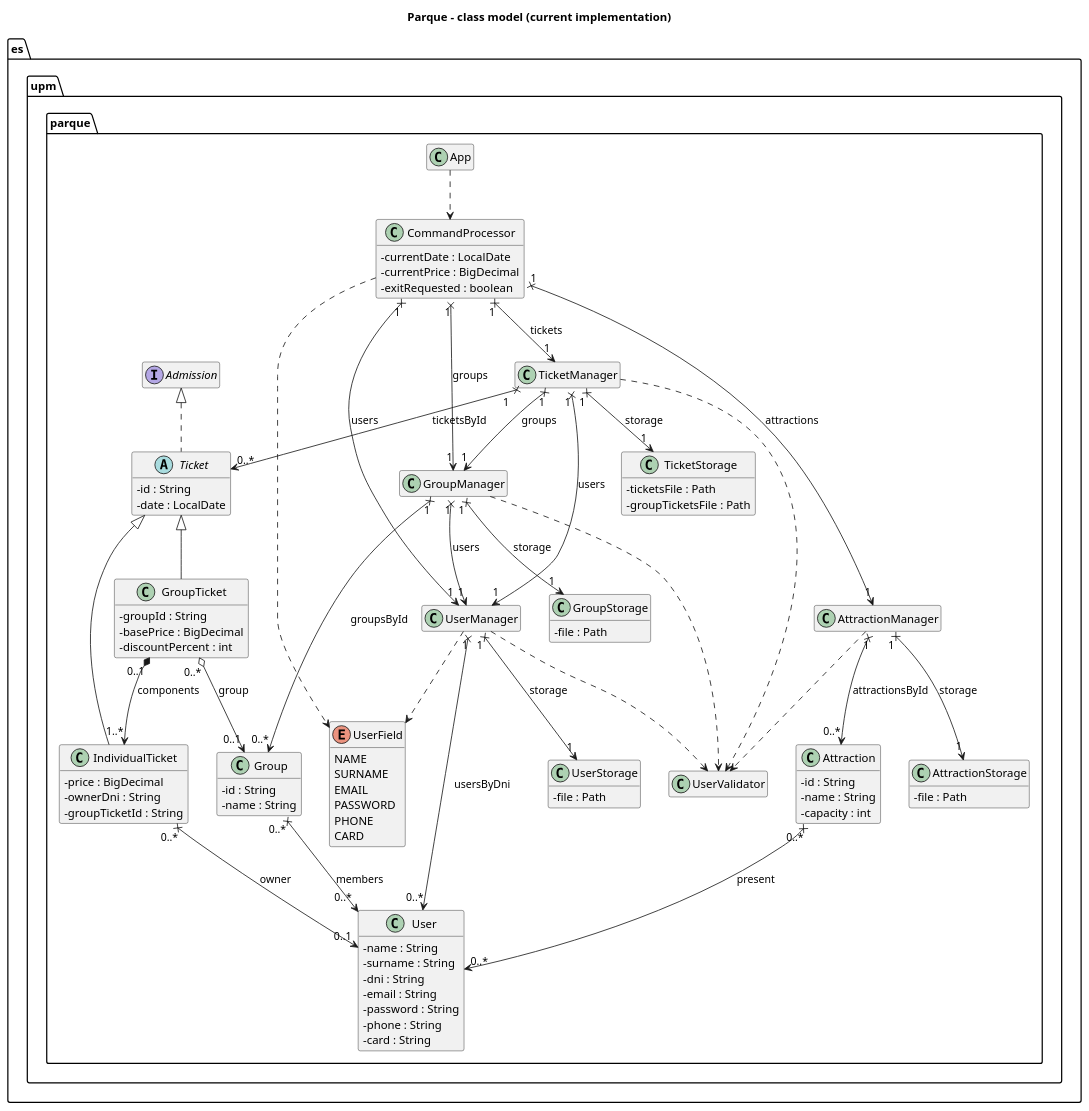
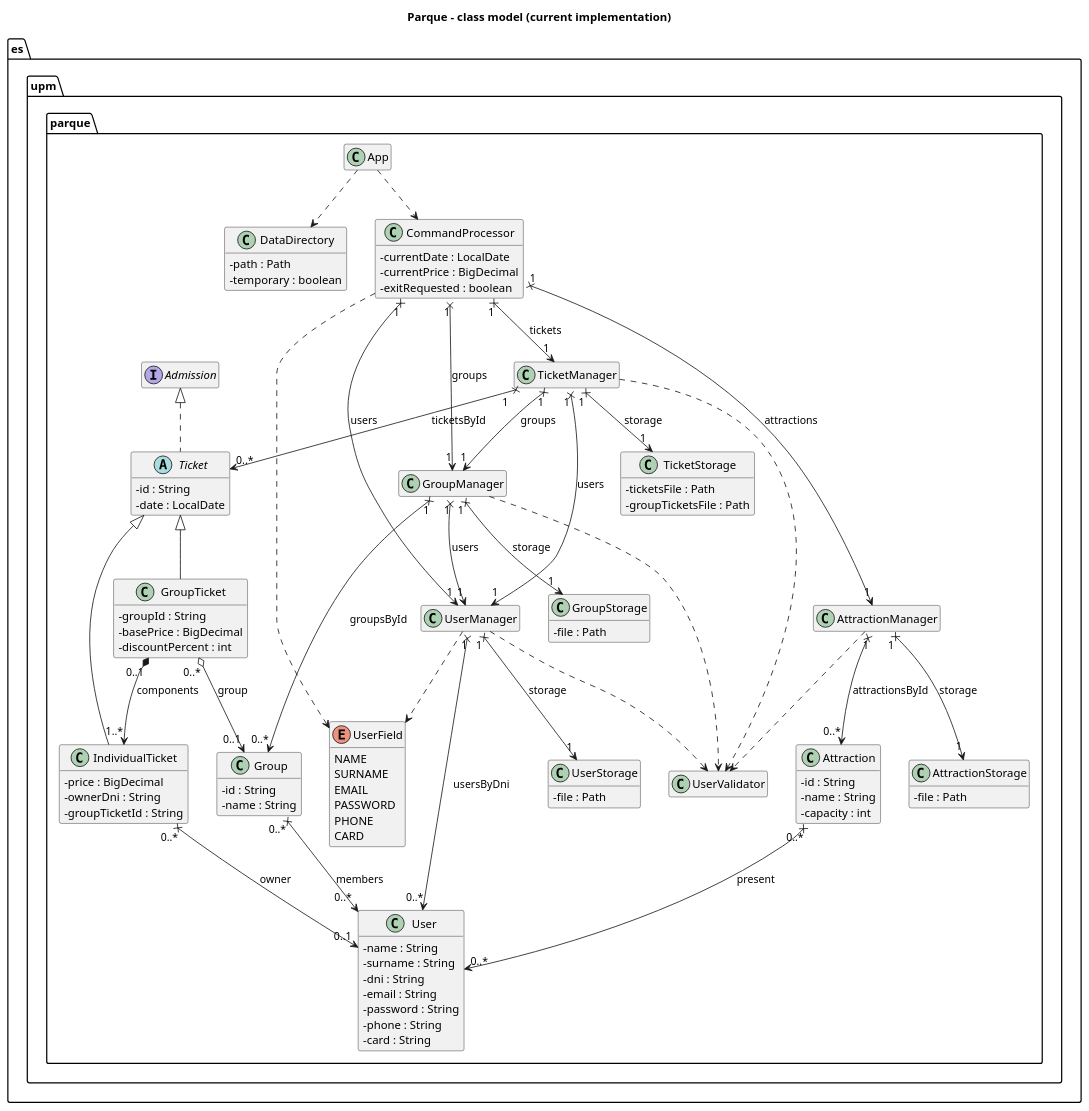
Before and after one commit to skai-upm/caise27: the diagram in uml/model.puml, drawn with PlantUML. The commit also changed 14 other files, not shown here.

```diff
--- a/uml/model.puml
+++ b/uml/model.puml
@@ -1,132 +1,138 @@
 @startuml model
 title Parque - class model (current implementation)
 
 skinparam classAttributeIconSize 0
 hide empty members
 
 package es.upm.parque {
 
   class App
+
+  class DataDirectory {
+    - path : Path
+    - temporary : boolean
+  }
 
   class CommandProcessor {
     - currentDate : LocalDate
     - currentPrice : BigDecimal
     - exitRequested : boolean
   }
 
   class UserManager
   class UserStorage {
     - file : Path
   }
 
   class User {
     - name : String
     - surname : String
     - dni : String
     - email : String
     - password : String
     - phone : String
     - card : String
   }
 
   enum UserField {
     NAME
     SURNAME
     EMAIL
     PASSWORD
     PHONE
     CARD
   }
 
   class UserValidator
 
   class GroupManager
   class GroupStorage {
     - file : Path
   }
 
   class Group {
     - id : String
     - name : String
   }
 
   interface Admission
 
   abstract class Ticket {
     - id : String
     - date : LocalDate
   }
 
   class IndividualTicket {
     - price : BigDecimal
     - ownerDni : String
     - groupTicketId : String
   }
 
   class GroupTicket {
     - groupId : String
     - basePrice : BigDecimal
     - discountPercent : int
   }
 
   class TicketManager
   class TicketStorage {
     - ticketsFile : Path
     - groupTicketsFile : Path
   }
 
   class AttractionManager
   class AttractionStorage {
     - file : Path
   }
 
   class Attraction {
     - id : String
     - name : String
     - capacity : int
   }
 }
 
 ' Controller
 CommandProcessor "1" x--> "1" UserManager : users
 CommandProcessor "1" x--> "1" GroupManager : groups
 CommandProcessor "1" x--> "1" TicketManager : tickets
 CommandProcessor "1" x--> "1" AttractionManager : attractions
 
 ' Users
 UserManager "1" x--> "1" UserStorage : storage
 UserManager "1" x--> "0..*" User : usersByDni
 
 ' Groups
 GroupManager "1" x--> "1" UserManager : users
 GroupManager "1" x--> "1" GroupStorage : storage
 GroupManager "1" x--> "0..*" Group : groupsById
 Group "0..*" x--> "0..*" User : members
 
 ' Tickets
 Admission <|.. Ticket
 Ticket <|-- IndividualTicket
 Ticket <|-- GroupTicket
 TicketManager "1" x--> "1" UserManager : users
 TicketManager "1" x--> "1" GroupManager : groups
 TicketManager "1" x--> "1" TicketStorage : storage
 TicketManager "1" x--> "0..*" Ticket : ticketsById
 IndividualTicket "0..*" x--> "0..1" User : owner
 GroupTicket "0..*" o--> "0..1" Group : group
 GroupTicket "0..1" *--> "1..*" IndividualTicket : components
 
 ' Attractions
 AttractionManager "1" x--> "1" AttractionStorage : storage
 AttractionManager "1" x--> "0..*" Attraction : attractionsById
 Attraction "0..*" x--> "0..*" User : present
 
 ' Usage of types without incoming relationships
 App ..> CommandProcessor
+App ..> DataDirectory
 CommandProcessor ..> UserField
 UserManager ..> UserField
 UserManager ..> UserValidator
 GroupManager ..> UserValidator
 TicketManager ..> UserValidator
 AttractionManager ..> UserValidator
 
 @enduml
```
